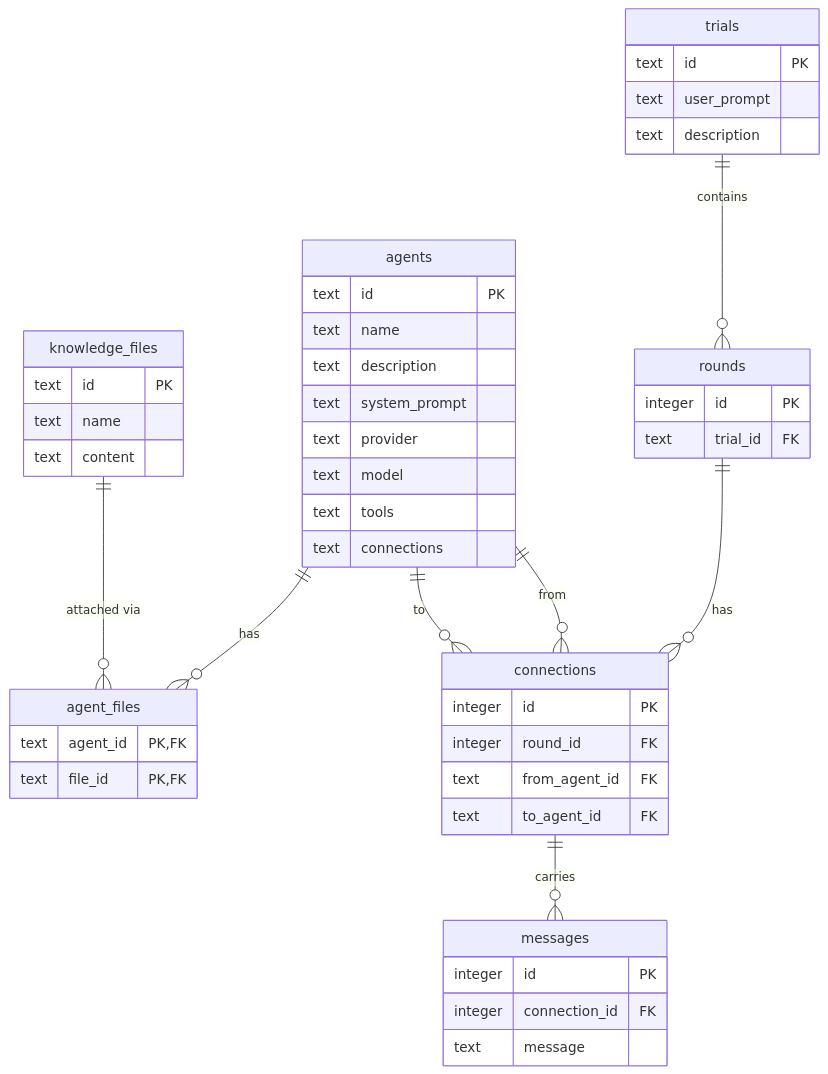
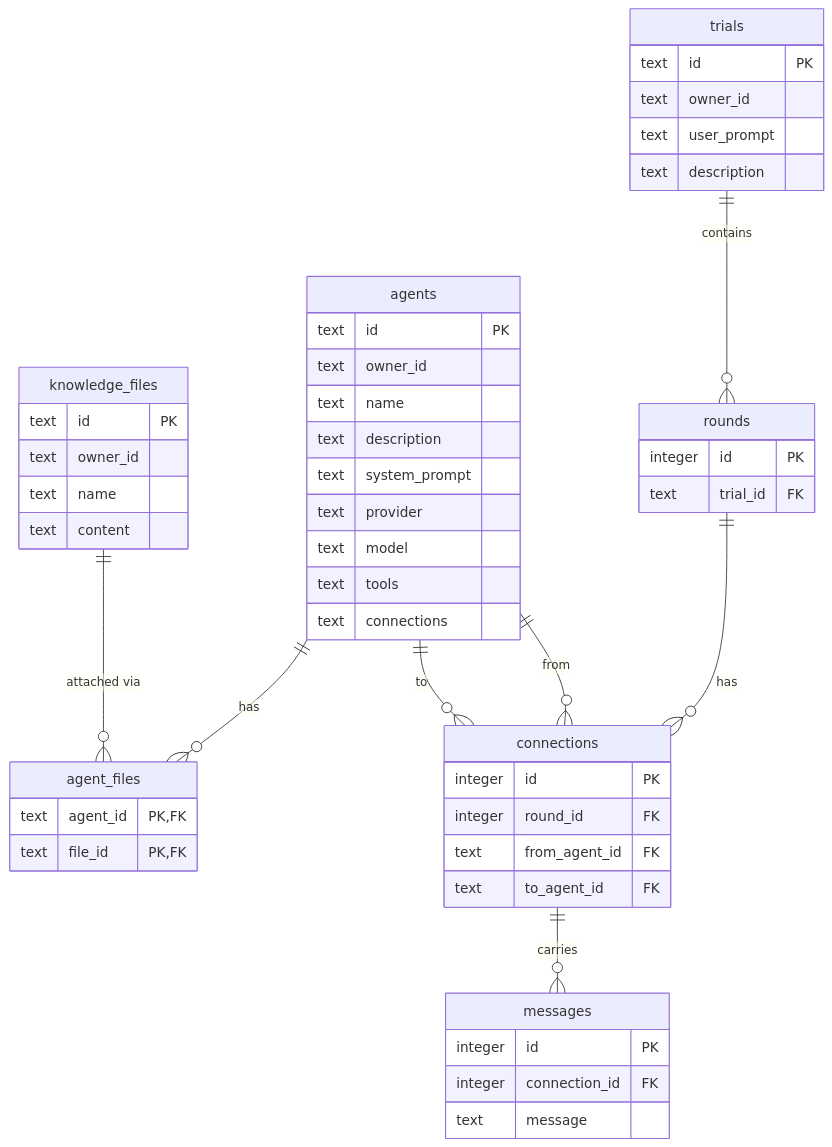
One commit to ISDO-TUM/project_AI_agents_stochastic_self_organisation changed the diagram in docs/data-model.md. Above: the diagram before and after it, drawn with Mermaid. The commit also changed other lines of this file and 13 other files, not shown here.

````diff
--- a/docs/data-model.md
+++ b/docs/data-model.md
@@ -19,50 +19,53 @@
 ```mermaid
 erDiagram
     agents {
         text id PK
+        text owner_id
         text name
         text description
         text system_prompt
         text provider
         text model
         text tools
         text connections
     }
     knowledge_files {
         text id PK
+        text owner_id
         text name
         text content
     }
     agent_files {
         text agent_id PK,FK
         text file_id PK,FK
     }
     trials {
         text id PK
+        text owner_id
         text user_prompt
         text description
     }
     rounds {
         integer id PK
         text trial_id FK
     }
     connections {
         integer id PK
         integer round_id FK
         text from_agent_id FK
         text to_agent_id FK
     }
     messages {
         integer id PK
         integer connection_id FK
         text message
     }
 
     agents ||--o{ agent_files : "has"
     knowledge_files ||--o{ agent_files : "attached via"
     trials ||--o{ rounds : "contains"
     rounds ||--o{ connections : "has"
     agents ||--o{ connections : "from"
     agents ||--o{ connections : "to"
     connections ||--o{ messages : "carries"
 ```
````
